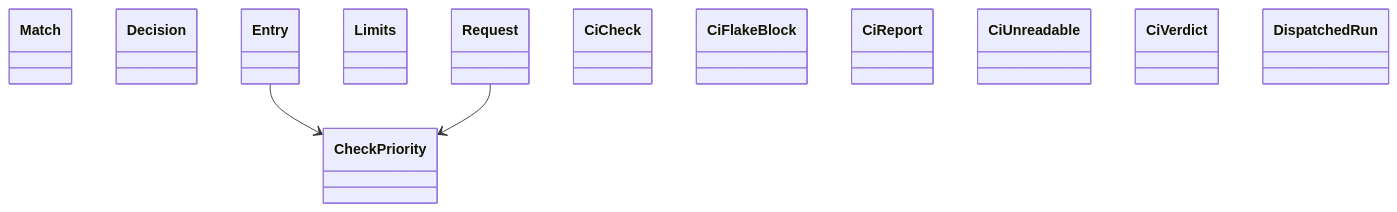
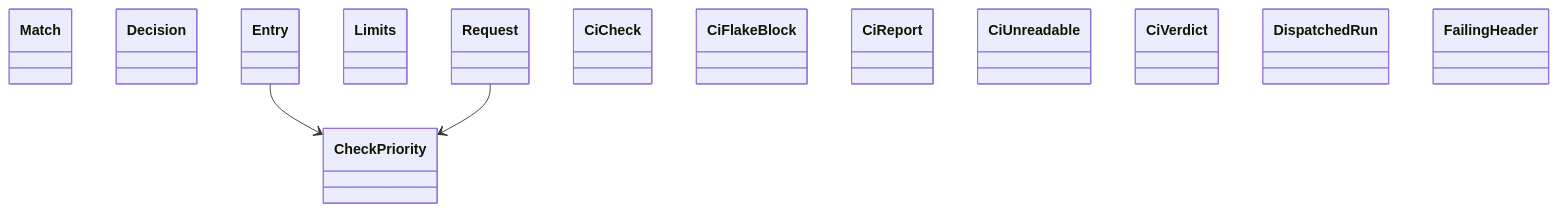
One commit to GonzaloZevallos/agentic-system changed the diagram in docs/architecture/generated/classes-process-domain-checks-1.md. Above: the diagram before and after it, drawn with Mermaid. The commit also changed 3 other files, not shown here.

Commit message:
Regenerate the class diagrams for the new UngrantedWorkers exception

````diff
--- a/docs/architecture/generated/classes-process-domain-checks-1.md
+++ b/docs/architecture/generated/classes-process-domain-checks-1.md
@@ -33,17 +33,18 @@
 ```mermaid
 classDiagram
     class check_runs__Match["Match"]
     class check_schedule__CheckPriority["CheckPriority"]
     class check_schedule__Decision["Decision"]
     class check_schedule__Entry["Entry"]
     class check_schedule__Limits["Limits"]
     class check_schedule__Request["Request"]
     class ci__CiCheck["CiCheck"]
     class ci__CiFlakeBlock["CiFlakeBlock"]
     class ci__CiReport["CiReport"]
     class ci__CiUnreadable["CiUnreadable"]
     class ci__CiVerdict["CiVerdict"]
     class ci__DispatchedRun["DispatchedRun"]
+    class ci__FailingHeader["FailingHeader"]
     check_schedule__Entry --> check_schedule__CheckPriority
     check_schedule__Request --> check_schedule__CheckPriority
 ```
````
